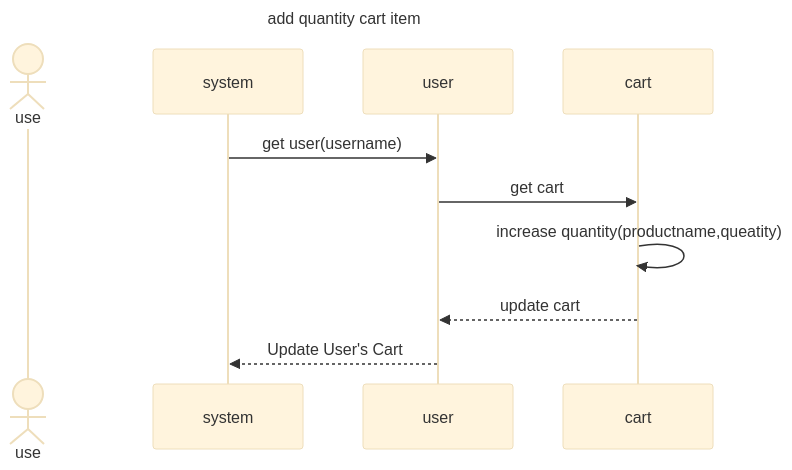
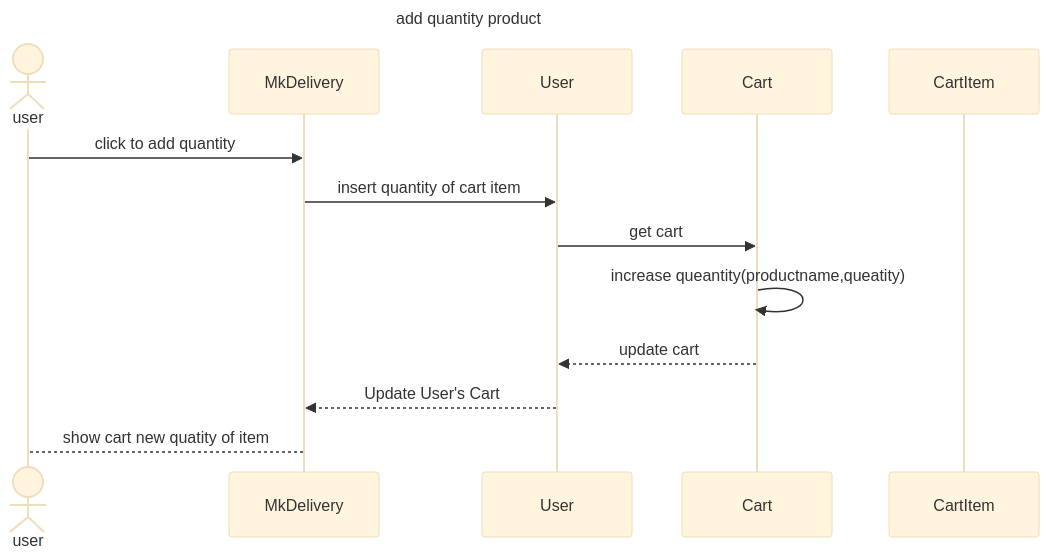
One commit to MxMhx/OOP_Project_MK_website changed the diagram in sequence_diag/cart/add quantity cartitem.mmd. Above: the diagram before and after it, drawn with Mermaid (base theme).

Commit message:
fix sq add quantity product

```diff
--- a/sequence_diag/cart/add quantity cartitem.mmd
+++ b/sequence_diag/cart/add quantity cartitem.mmd
@@ -1,11 +1,14 @@
 sequenceDiagram
-    title add quantity cart item
-    actor use 
-    participant system
-    participant user
-    participant cart 
-    system ->> user :get user(username) 
-    user ->> cart : get cart 
-    cart ->> cart : increase quantity(productname,queatity)
-    cart -->> user :update cart 
-    user -->> system: Update User's Cart
+    title add quantity product
+    actor user 
+    participant MkDelivery
+    participant User
+    participant Cart 
+    participant CartItem
+    user ->> MkDelivery:click to add quantity
+    MkDelivery ->> User :insert quantity of cart item
+    User ->> Cart : get cart 
+    Cart ->> Cart : increase queantity(productname,queatity)
+    Cart -->> User :update cart 
+    User -->> MkDelivery: Update User's Cart
+    MkDelivery --> user: show cart new quatity of item
```
